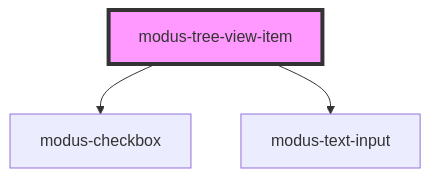
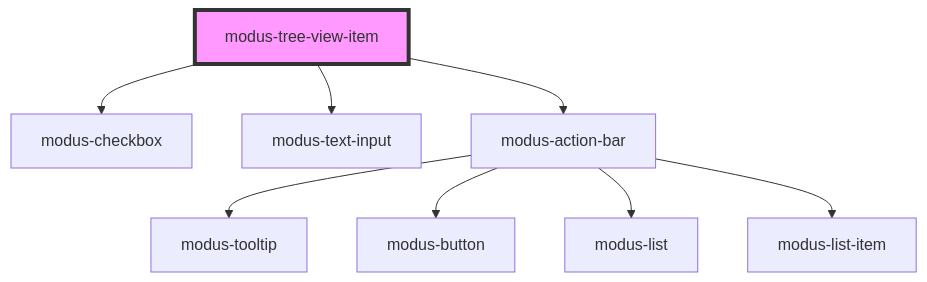
One commit to trimble-oss/modus-web-components changed the diagram in stencil-workspace/src/components/modus-content-tree/modus-tree-view-item/readme.md. Above: the diagram before and after it, drawn with Mermaid. The commit also changed other lines of this file and 13 other files, not shown here.

````diff
--- a/stencil-workspace/src/components/modus-content-tree/modus-tree-view-item/readme.md
+++ b/stencil-workspace/src/components/modus-content-tree/modus-tree-view-item/readme.md
@@ -72,6 +74,11 @@
 ```mermaid
 graph TD;
   modus-tree-view-item --> modus-checkbox
   modus-tree-view-item --> modus-text-input
+  modus-tree-view-item --> modus-action-bar
+  modus-action-bar --> modus-tooltip
+  modus-action-bar --> modus-button
+  modus-action-bar --> modus-list
+  modus-action-bar --> modus-list-item
   style modus-tree-view-item fill:#f9f,stroke:#333,stroke-width:4px
 ```
````
